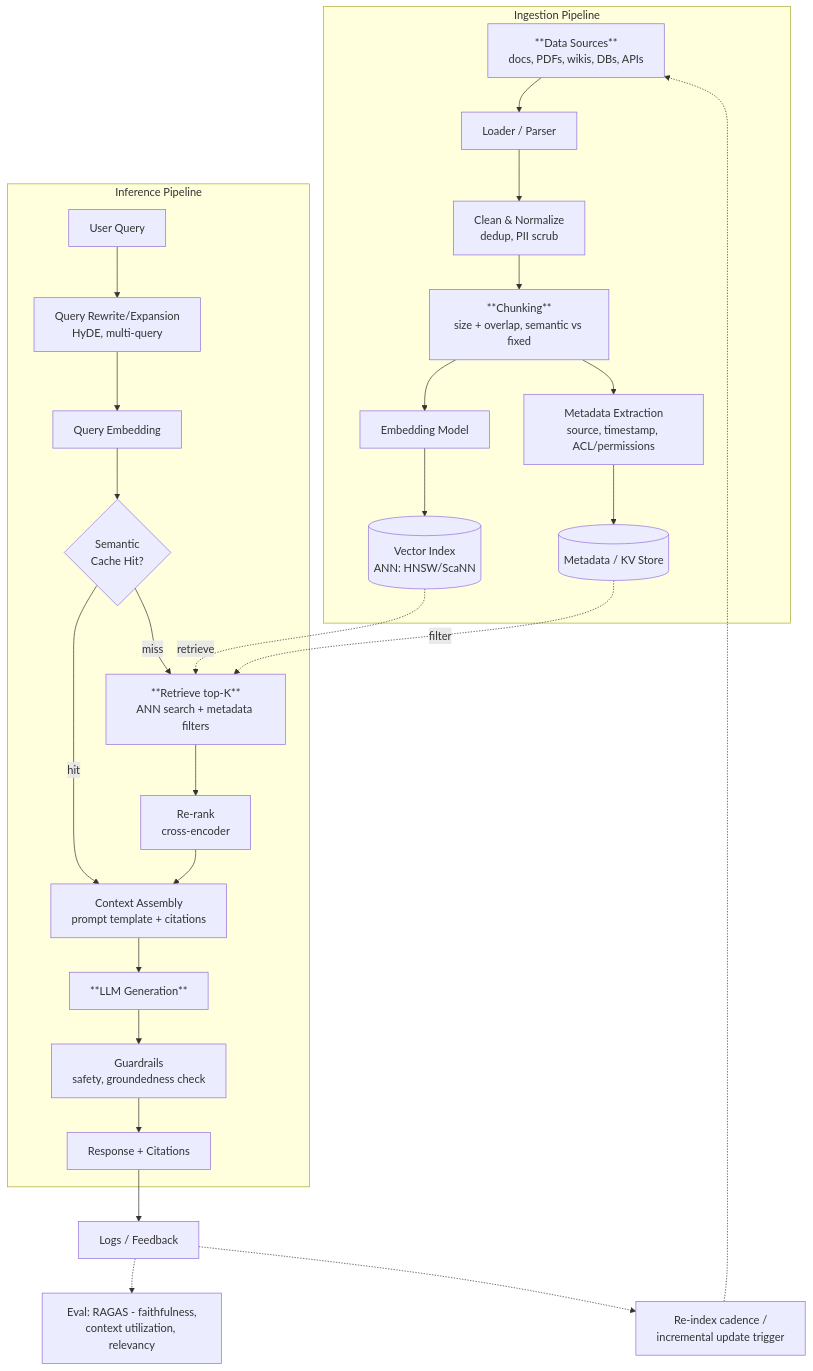
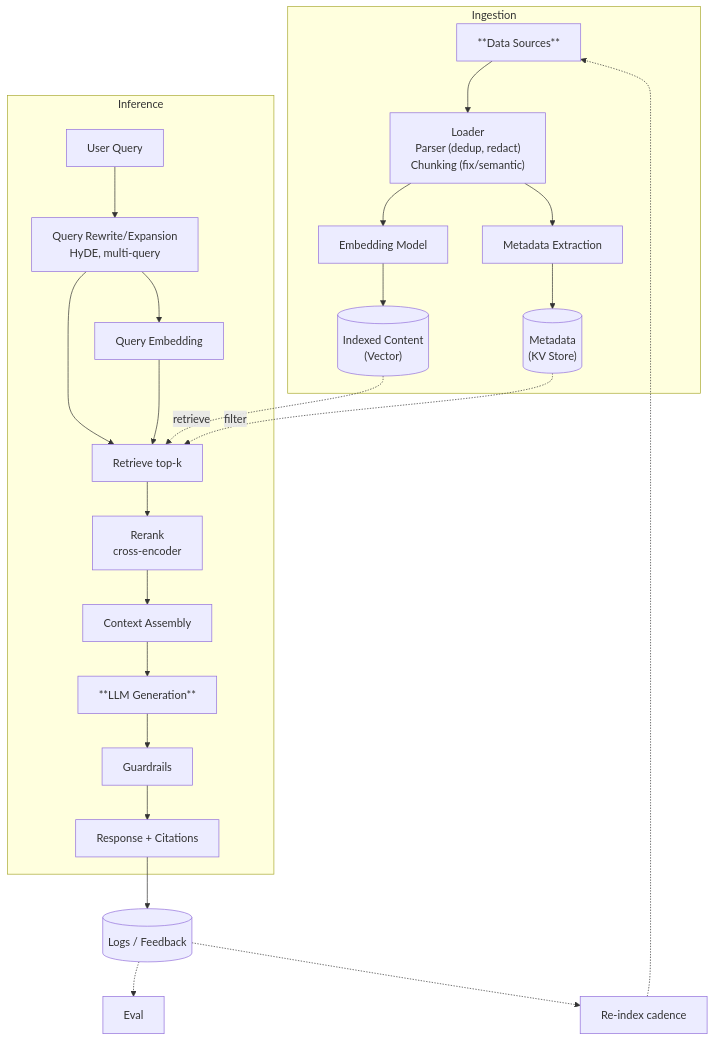
Before and after one commit to ptbdnr/ptbdnr: the seventh of 7 diagrams in ml_sys_design.md, drawn with Mermaid. The commit also changed other lines of this file, not shown here.

````diff
--- a/ml_sys_design.md
+++ b/ml_sys_design.md
@@ -273,43 +281,40 @@
 ```mermaid
 flowchart TD
-    subgraph ingest["Ingestion Pipeline"]
-        src[**Data Sources**<br/>docs, PDFs, wikis, DBs, APIs]
-        load[Loader / Parser]
-        clean[Clean & Normalize<br/>dedup, PII scrub]
-        chunk[**Chunking**<br/>size + overlap, semantic vs fixed]
-        meta[Metadata Extraction<br/>source, timestamp, ACL/permissions]
+    subgraph ingest["Ingestion"]
+        src[**Data Sources**]
+        load["Loader<br>Parser (dedup, redact)<br>Chunking (fix/semantic)"]
+        meta[Metadata Extraction]
         embed_i[Embedding Model]
-        index[("Vector Index<br/>ANN: HNSW/ScaNN")]
-        mstore[("Metadata / KV Store")]
+        index[("Indexed Content<br>(Vector)")]
+        mstore[("Metadata<br>(KV Store)")]
 
-        src --> load --> clean --> chunk
-        chunk --> meta --> mstore
-        chunk --> embed_i --> index
+        src --> load
+        load --> meta --> mstore
+        load --> embed_i --> index
     end
 
-    subgraph infer["Inference Pipeline"]
+    subgraph infer["Inference"]
         query[User Query]
         rewrite[Query Rewrite/Expansion<br/>HyDE, multi-query]
         embed_q[Query Embedding]
-        cache{Semantic<br/>Cache Hit?}
-        retrieve[**Retrieve top-K**<br/>ANN search + metadata filters]
-        rerank[Re-rank<br/>cross-encoder]
-        assemble[Context Assembly<br/>prompt template + citations]
+        retrieve[Retrieve top-k]
+        rerank[Rerank<br/>cross-encoder]
+        assemble[Context Assembly]
         llm[**LLM Generation**]
-        guard[Guardrails<br/>safety, groundedness check]
+        guard[Guardrails]
         resp[Response + Citations]
 
-        query --> rewrite --> embed_q --> cache
-        cache -- hit --> assemble
-        cache -- miss --> retrieve --> rerank --> assemble
-        assemble --> llm --> guard --> resp
+        query --> rewrite --> embed_q 
+        rewrite --> retrieve
+        embed_q --> retrieve
+        retrieve --> rerank --> assemble --> llm --> guard --> resp
     end
 
     index -.retrieve.-> retrieve
     mstore -.filter.-> retrieve
 
-    resp --> logs[Logs / Feedback]
-    logs -.-> eval[Eval: RAGAS - faithfulness,<br/>context utilization, relevancy]
-    logs -.-> refresh[Re-index cadence /<br/>incremental update trigger]
+    resp --> logs[(Logs / Feedback)]
+    logs -.-> eval[Eval]
+    logs -.-> refresh[Re-index cadence]
     refresh -.-> src
 ```
````
